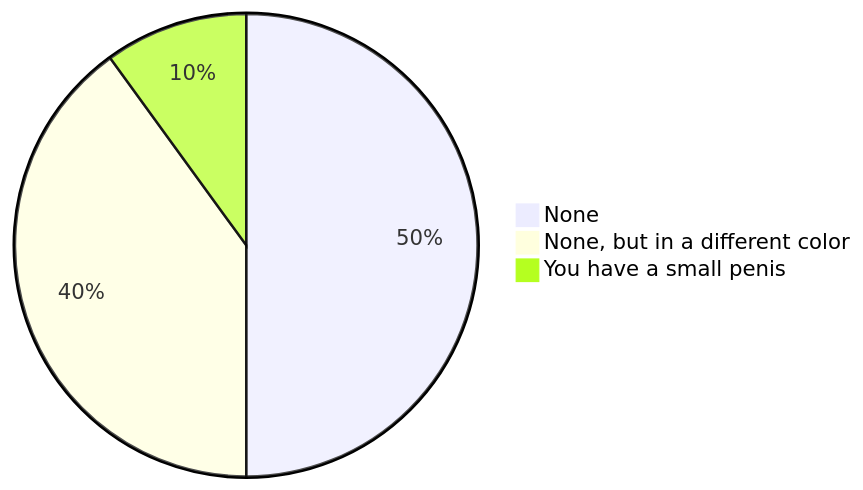
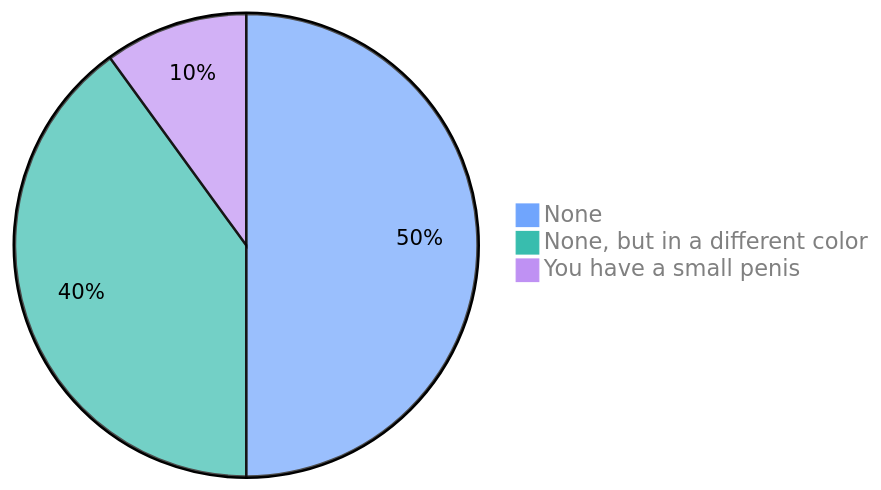
One commit to potat-dev/potat-dev changed the diagram in README.md. Above: the diagram before and after it, drawn with Mermaid. The commit also changed other lines of this file, not shown here.

Commit message:
fix missing 1px bug and improve pie colors

````diff
--- a/README.md
+++ b/README.md
@@ -14,10 +14,11 @@
 ```mermaid
+%%{init: {'theme': 'base', 'themeVariables': { 'pieLegendTextSize': '18px', 'pieLegendTextColor' : '#808080', 'pieSectionTextColor': 'black', 'pie1': '#70a5fd', 'pie2': '#38bdae', 'pie3': '#bf91f3'}}}%%
 ---
 open in browser if not rendering
 or compile this code in ur head lol
 ---
 pie
   "None" : 50
   "None, but in a different color" : 40
   "You have a small penis" : 10
 ```
````
